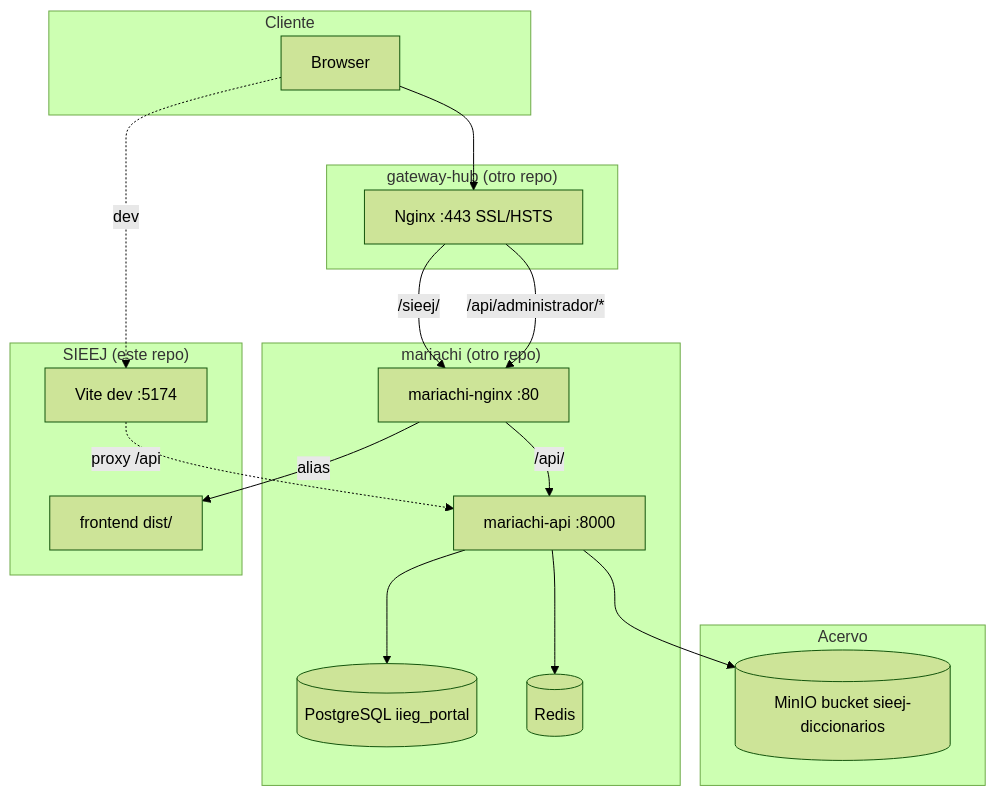
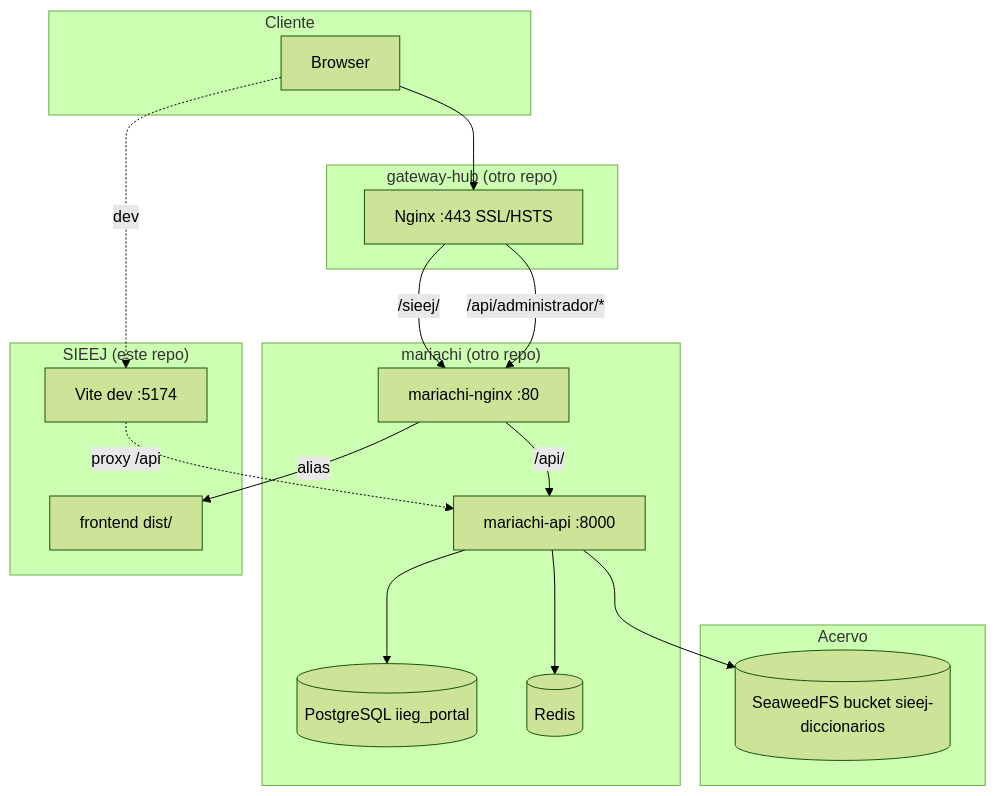
Before and after one commit to iieg-oficial/sieej: the diagram in docs/arquitectura.md, drawn with Mermaid (forest theme). The commit also changed other lines of this file and 2 other files, not shown here.

Commit message:
docs(arquitectura): MinIO -> SeaweedFS / Acervo S3; bump VERSION para realinear con CHANGELOG (1.12.1)

````diff
--- a/docs/arquitectura.md
+++ b/docs/arquitectura.md
@@ -10,38 +10,38 @@
 ```mermaid
 graph TD
     subgraph Cliente
         B[Browser]
     end
 
     subgraph "gateway-hub (otro repo)"
         GW[Nginx :443 SSL/HSTS]
     end
 
     subgraph "mariachi (otro repo)"
         MN[mariachi-nginx :80]
         MA[mariachi-api :8000]
         PG[(PostgreSQL iieg_portal)]
         RD[(Redis)]
     end
 
     subgraph "Acervo"
-        AC[(MinIO bucket sieej-diccionarios)]
+        AC[(SeaweedFS bucket sieej-diccionarios)]
     end
 
     subgraph "SIEEJ (este repo)"
         FE[frontend dist/]
         DEV[Vite dev :5174]
     end
 
     B --> GW
     GW -- "/sieej/" --> MN
     GW -- "/api/administrador/*" --> MN
     MN -- alias --> FE
     MN -- "/api/" --> MA
     MA --> PG
     MA --> RD
     MA --> AC
 
     B -. dev .-> DEV
     DEV -. proxy /api .-> MA
 ```
````
